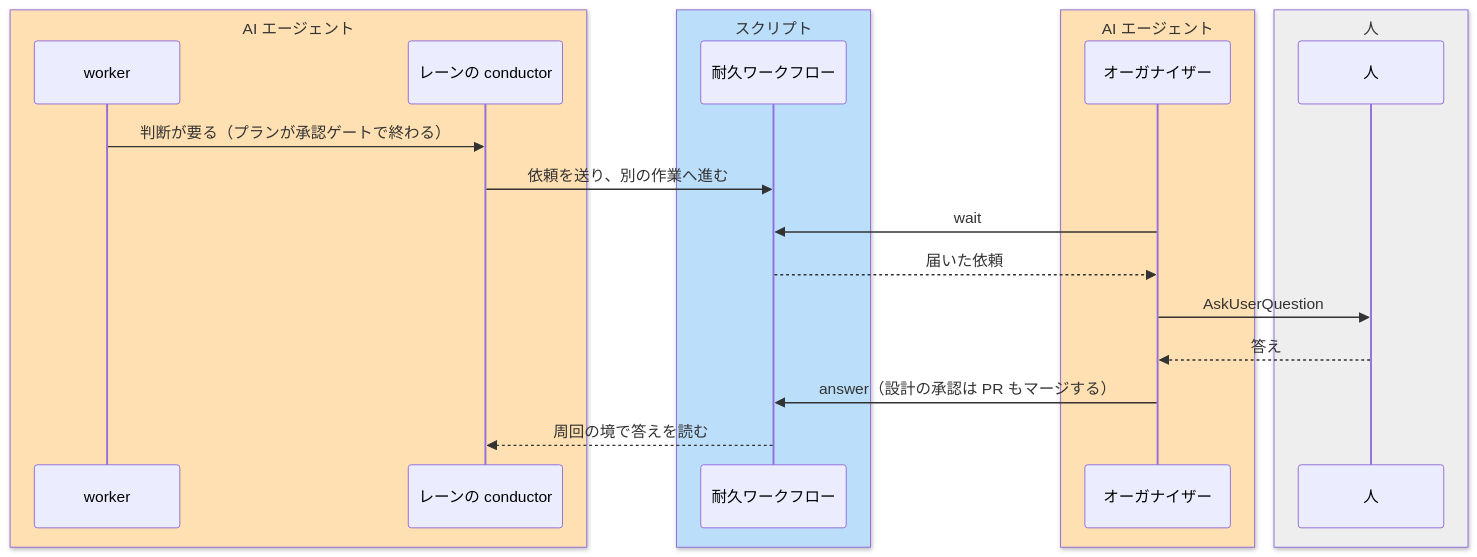
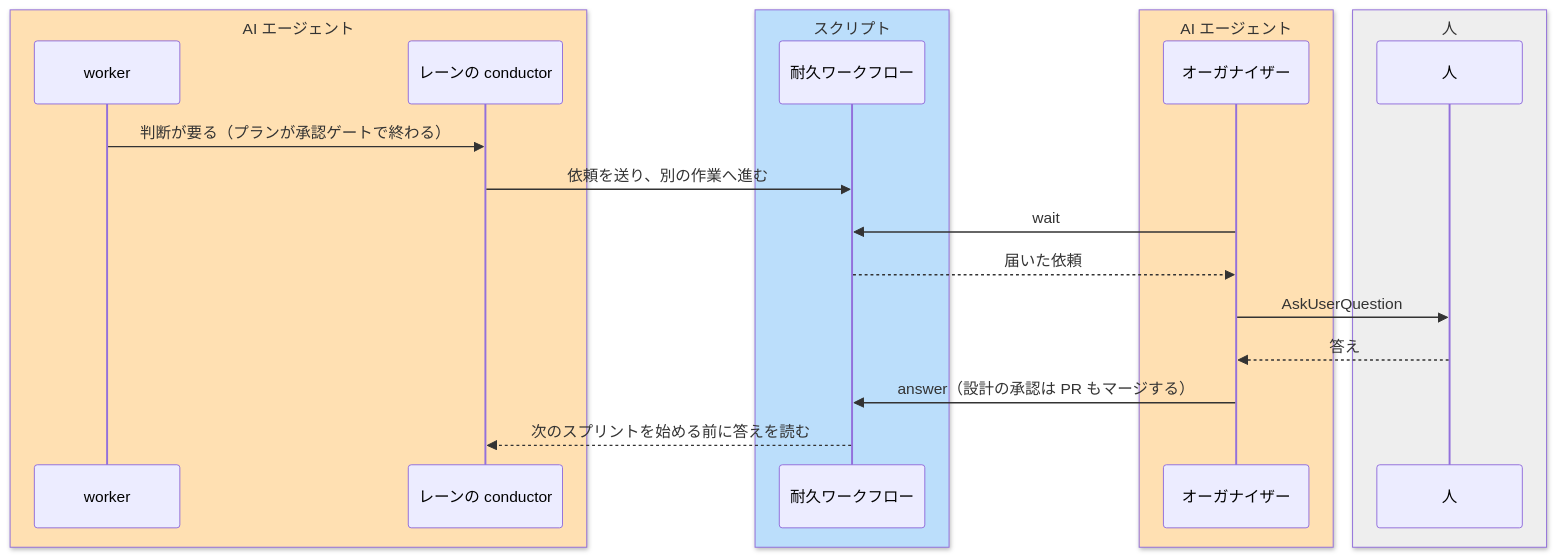
One commit to devbasex/ai-plugins changed the third of 4 diagrams in docs/ndf-parallel-model.md. Above: the diagram before and after it, drawn with Mermaid. The commit also changed other lines of this file, not shown here.

````diff
--- a/docs/ndf-parallel-model.md
+++ b/docs/ndf-parallel-model.md
@@ -135,24 +135,24 @@
 ```mermaid
 sequenceDiagram
     box rgb(255,224,178) AI エージェント
     participant W as worker
     participant C as レーンの conductor
     end
     box rgb(187,222,251) スクリプト
     participant D as 耐久ワークフロー
     end
     box rgb(255,224,178) AI エージェント
     participant O as オーガナイザー
     end
     box rgb(238,238,238) 人
     participant H as 人
     end
     W->>C: 判断が要る（プランが承認ゲートで終わる）
     C->>D: 依頼を送り、別の作業へ進む
     O->>D: wait
     D-->>O: 届いた依頼
     O->>H: AskUserQuestion
     H-->>O: 答え
     O->>D: answer（設計の承認は PR もマージする）
-    D-->>C: 周回の境で答えを読む
+    D-->>C: 次のスプリントを始める前に答えを読む
 ```
````
